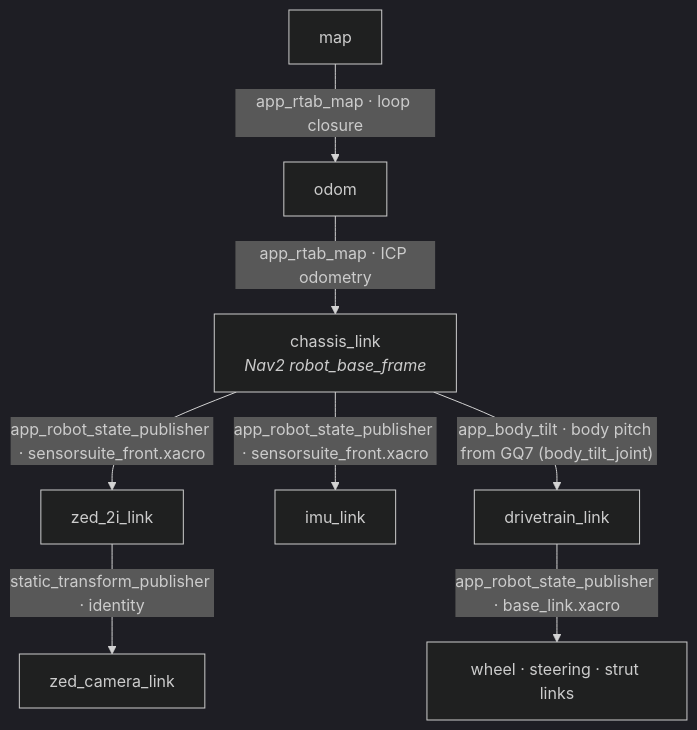
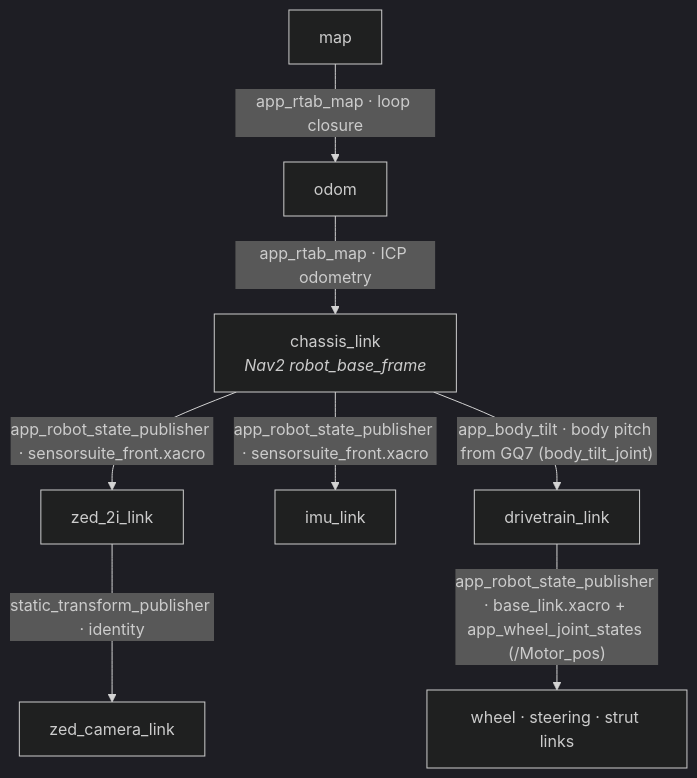
The third of 3 diagrams in ARCHITECTURE.md (PaulMDavid/navigation_ws), drawn with Mermaid (dark theme) before and after one commit. The commit also changed other lines of this file and 9 other files, not shown here.

First line of the commit message:
feat(wheel_joint_states): steering and wheel joints from the rover's MD80s

````diff
--- a/ARCHITECTURE.md
+++ b/ARCHITECTURE.md
@@ -110,18 +110,18 @@
 ```mermaid
 flowchart TD
   map["map"]
   odom["odom"]
   chassis["chassis_link<br/><i>Nav2 robot_base_frame</i>"]
   zed["zed_2i_link"]
   imu["imu_link"]
   links["wheel · steering · strut links"]
   zedcam["zed_camera_link"]
 
   map -->|"app_rtab_map · loop closure"| odom
   odom -->|"app_rtab_map · ICP odometry"| chassis
   chassis -->|"app_robot_state_publisher · sensorsuite_front.xacro"| zed
   chassis -->|"app_robot_state_publisher · sensorsuite_front.xacro"| imu
   chassis -->|"app_body_tilt · body pitch from GQ7 (body_tilt_joint)"| drivetrain["drivetrain_link"]
-  drivetrain -->|"app_robot_state_publisher · base_link.xacro"| links
+  drivetrain -->|"app_robot_state_publisher · base_link.xacro + app_wheel_joint_states (/Motor_pos)"| links
   zed -->|"static_transform_publisher · identity"| zedcam
 ```
````
